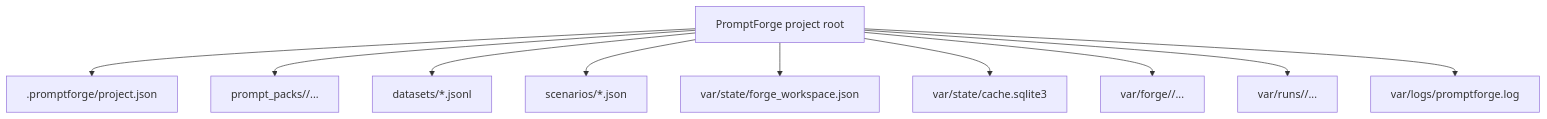
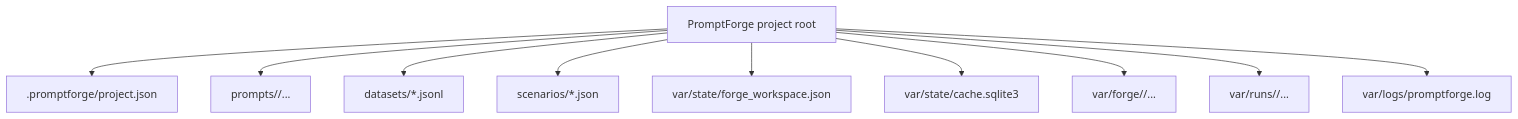
Before and after one commit to MikesHorcrux/PromptForge: the first of 3 diagrams in docs/data-model.md, drawn with Mermaid. The commit also changed other lines of this file and 46 other files, not shown here.

````diff
--- a/docs/data-model.md
+++ b/docs/data-model.md
@@ -37,12 +37,12 @@
 ```mermaid
 flowchart TB
   Root["PromptForge project root"] --> Project[".promptforge/project.json"]
-  Root --> Packs["prompt_packs/<version>/..."]
+  Root --> Packs["prompts/<version>/..."]
   Root --> Datasets["datasets/*.jsonl"]
   Root --> Scenarios["scenarios/*.json"]
   Root --> State["var/state/forge_workspace.json"]
   Root --> Cache["var/state/cache.sqlite3"]
   Root --> Forge["var/forge/<session_id>/..."]
   Root --> Runs["var/runs/<run_id>/..."]
   Root --> Logs["var/logs/promptforge.log"]
 ```
````
